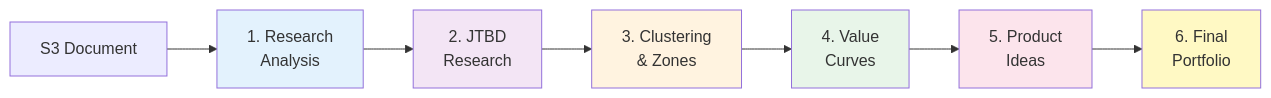
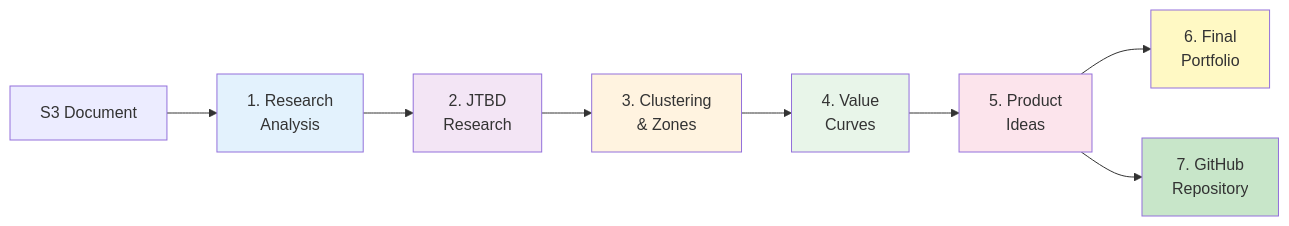
Before and after one commit to Flying-Pig-Labs/blue-ocean-research: the second of 2 diagrams in multi-step-llm-app/README.md, drawn with Mermaid. The commit also changed other lines of this file and 2 other files, not shown here.

First line of the commit message:
docs: Update documentation for GitHub integration feature

````diff
--- a/multi-step-llm-app/README.md
+++ b/multi-step-llm-app/README.md
@@ -81,16 +89,18 @@
 ```mermaid
 graph LR
     S3[S3 Document] --> A[1. Research<br/>Analysis]
     A --> B[2. JTBD<br/>Research]
     B --> C[3. Clustering<br/>& Zones]
     C --> D[4. Value<br/>Curves]
     D --> E[5. Product<br/>Ideas]
     E --> F[6. Final<br/>Portfolio]
+    E --> G[7. GitHub<br/>Repository]
     
     style A fill:#e3f2fd
     style B fill:#f3e5f5
     style C fill:#fff3e0
     style D fill:#e8f5e9
     style E fill:#fce4ec
     style F fill:#fff9c4
+    style G fill:#c8e6c9
 ```
````
